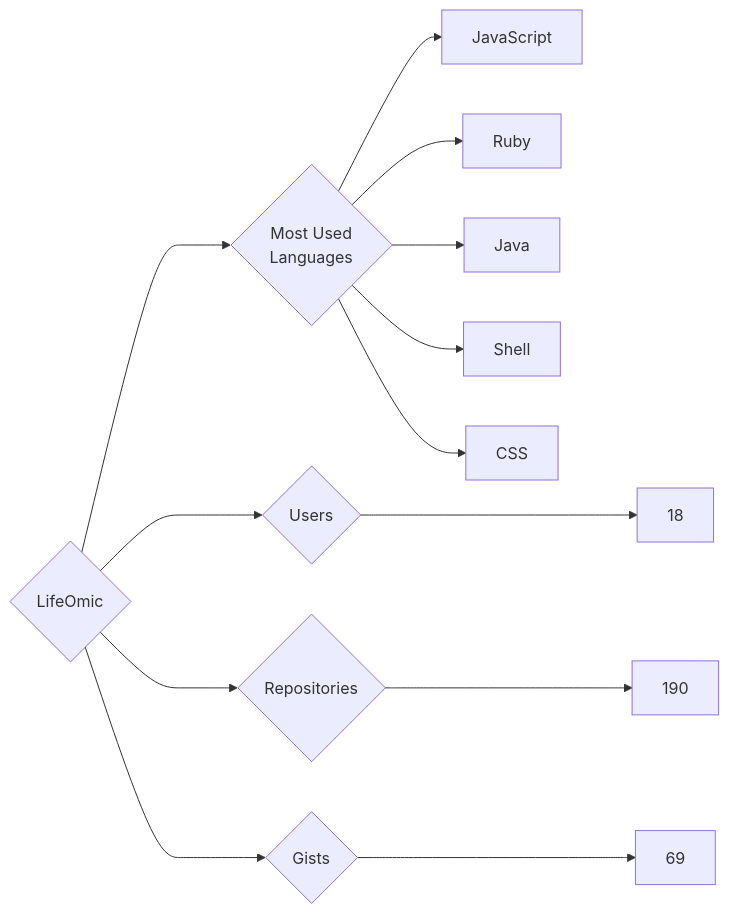
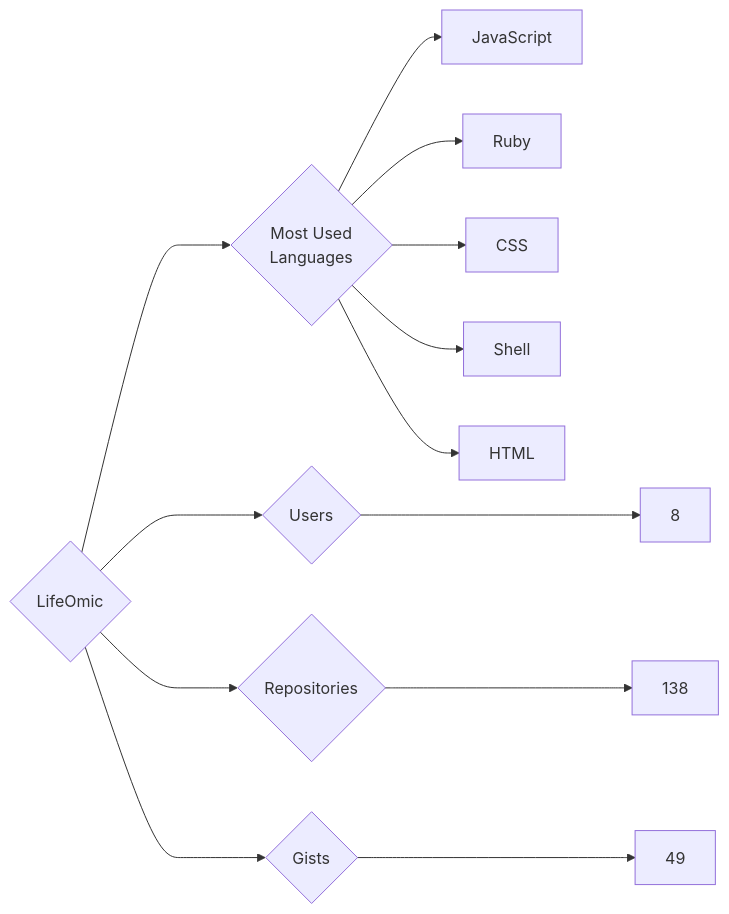
Before and after one commit to trickest/insiders: the diagram in targets/LifeOmic/README.md, drawn with Mermaid. The commit also changed 777 other files, not shown here.

````diff
--- a/targets/LifeOmic/README.md
+++ b/targets/LifeOmic/README.md
@@ -3,13 +3,13 @@
 ```mermaid
 graph LR
 COMPANY_NAME{LifeOmic}
-COMPANY_NAME ---> U{Users} ---> UN[18]
-COMPANY_NAME ---> R{Repositories} ---> RN[190]
-COMPANY_NAME ---> G{Gists} ---> GN[69]
+COMPANY_NAME ---> U{Users} ---> UN[8]
+COMPANY_NAME ---> R{Repositories} ---> RN[138]
+COMPANY_NAME ---> G{Gists} ---> GN[49]
 COMPANY_NAME ---> ML{Most Used<br>Languages}
 ML --> JavaScript[JavaScript]
 ML --> Ruby[Ruby]
-ML --> Java[Java]
+ML --> CSS[CSS]
 ML --> Shell[Shell]
-ML --> CSS[CSS]
+ML --> HTML[HTML]
 ```
````
